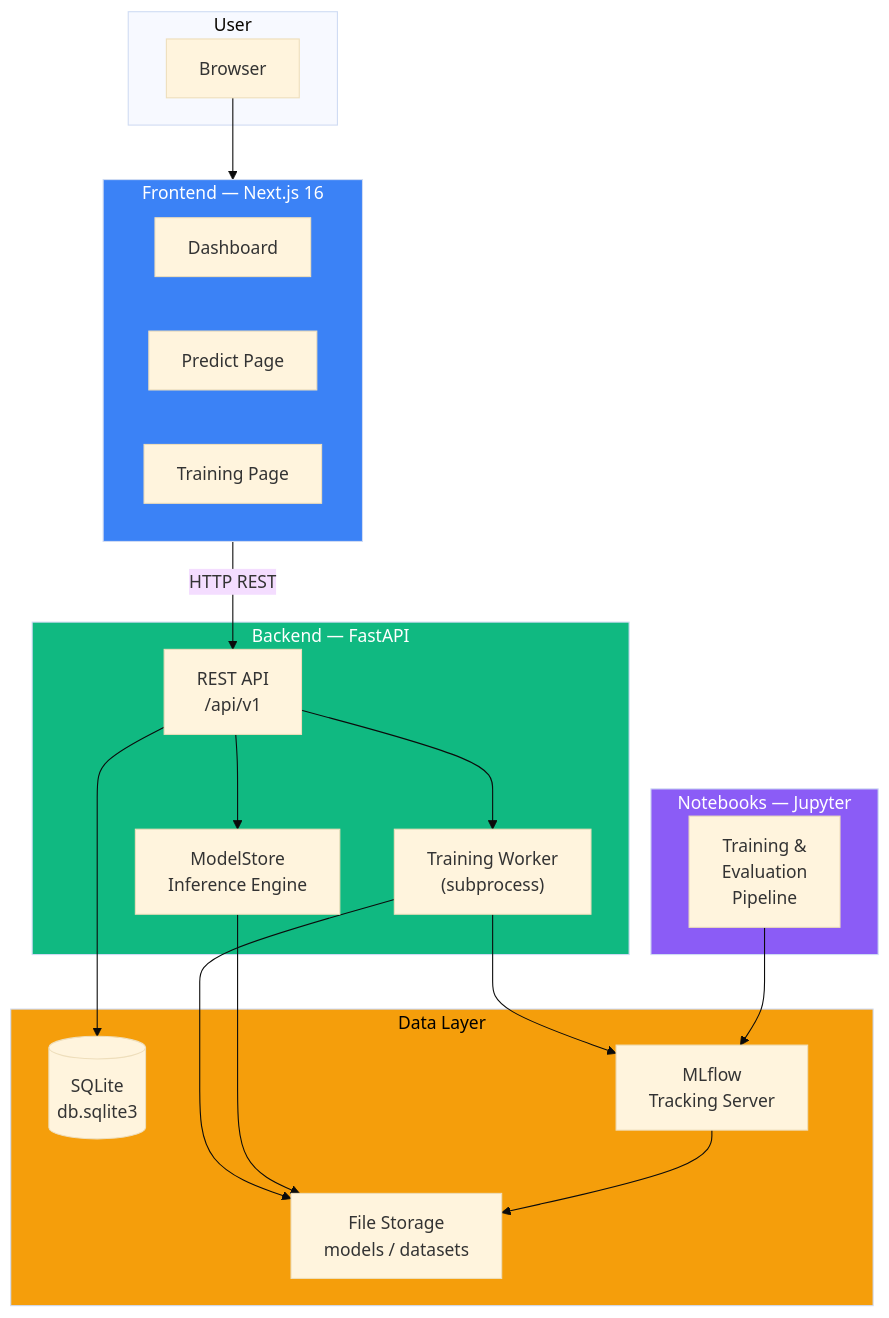
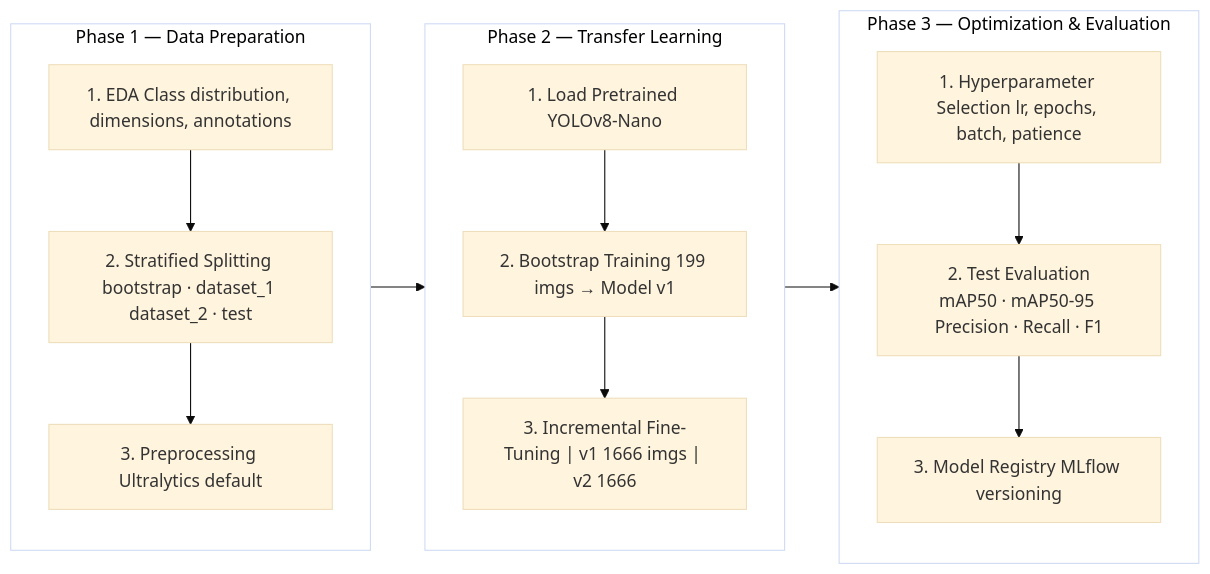
Before and after one commit to PaulSebastian9720/app_tools_predict: the first of 2 diagrams in README.md, drawn with Mermaid (base theme). The commit also changed other lines of this file and 7 other files, not shown here.

````diff
--- a/README.md
+++ b/README.md
@@ -14,44 +17,32 @@
 ```mermaid
-flowchart TB
-    subgraph USER["User"]
-        BROWSER["Browser"]
+flowchart LR
+    subgraph P1["Phase 1 — Data Preparation"]
+        direction TB
+        A1["1. EDA Class distribution, dimensions, annotations"]
+        A2["2. Stratified Splitting bootstrap · dataset_1 dataset_2 · test"]
+        A3["3. Preprocessing Ultralytics default"]
+        A1 --> A2 --> A3
     end
 
-    subgraph FRONTEND["Frontend — Next.js 16"]
-        DASH["Dashboard"]
-        PRED["Predict Page"]
-        TRAIN["Training Page"]
+    subgraph P2["Phase 2 — Transfer Learning"]
+        direction TB
+        B1["1. Load Pretrained YOLOv8-Nano"]
+        B2["2. Bootstrap Training 199 imgs → Model v1"]
+        B3["3. Incremental Fine-Tuning | v1 1666 imgs | v2 1666 "]
+        B1 --> B2 --> B3
     end
 
-    subgraph BACKEND["Backend — FastAPI"]
-        API["REST API\n/api/v1"]
-        STORE["ModelStore\nInference Engine"]
-        WORKER["Training Worker\n(subprocess)"]
+    subgraph P3["Phase 3 — Optimization & Evaluation"]
+        direction TB
+        C1["1. Hyperparameter Selection lr, epochs, batch, patience"]
+        C2["2. Test Evaluation\nmAP50 · mAP50-95 Precision · Recall · F1"]
+        C3["3. Model Registry MLflow versioning"]
+        C1 --> C2 --> C3
     end
 
-    subgraph DATA["Data Layer"]
-        DB[("SQLite\ndb.sqlite3")]
-        MLFLOW["MLflow\nTracking Server"]
-        FS["File Storage\nmodels / datasets"]
-    end
+    P1 --> P2 --> P3
 
-    subgraph NOTEBOOKS["Notebooks — Jupyter"]
-        NB["Training &\nEvaluation\nPipeline"]
-    end
-
-    BROWSER --> FRONTEND
-    FRONTEND -->|HTTP REST| API
-    API --> STORE
-    API --> DB
-    API --> WORKER
-    WORKER --> MLFLOW
-    WORKER --> FS
-    STORE --> FS
-    NB --> MLFLOW
-    MLFLOW --> FS
-
-    style FRONTEND fill:#3b82f6,color:#fff
-    style BACKEND fill:#10b981,color:#fff
-    style DATA fill:#f59e0b,color:#000
-    style NOTEBOOKS fill:#8b5cf6,color:#fff
+    style P1 fill:#fff,color:#000
+    style P2 fill:#fff,color:#000
+    style P3 fill:#fff,color:#000
 ```
````
